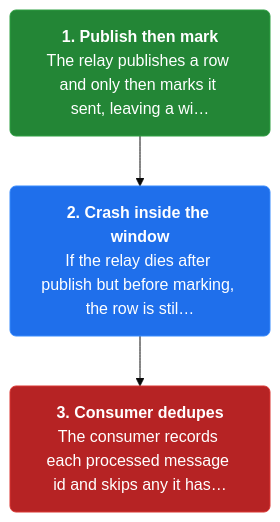
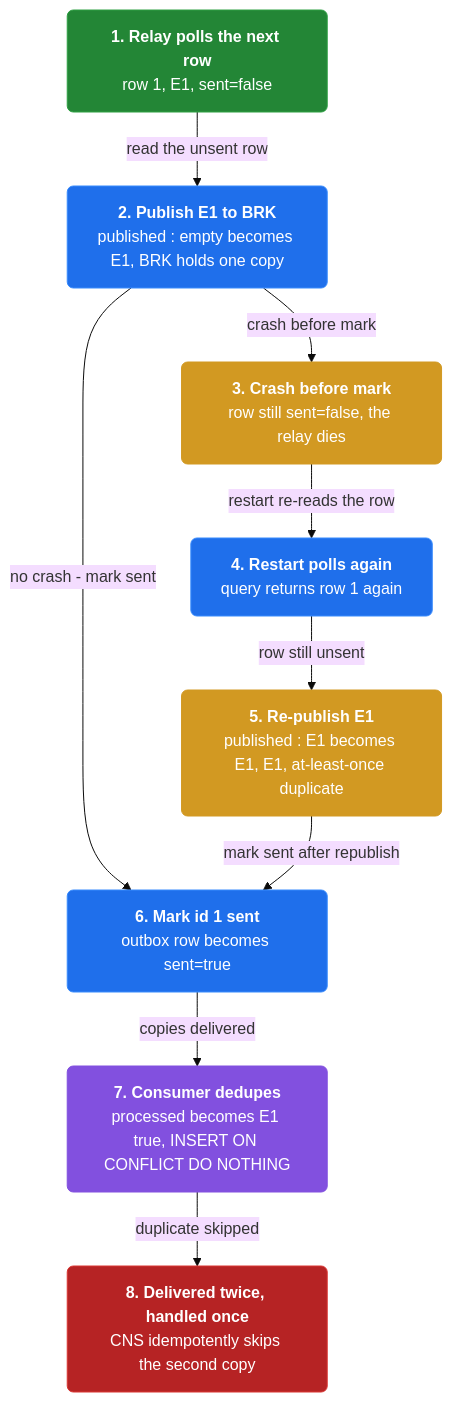
The third of 4 diagrams in docs/ch14-transactional-outbox.md (vinayakuber/microservices-io-study-guide), drawn with Mermaid (base theme) before and after one commit. The commit also changed other lines of this file and 46 other files, not shown here.

First line of the commit message:
Author rich branching flow diagrams for all 44 chapters

````diff
--- a/docs/ch14-transactional-outbox.md
+++ b/docs/ch14-transactional-outbox.md
@@ -90,11 +113,24 @@
 ```mermaid
 flowchart TD
-  classDef step fill:#1f6feb,color:#ffffff,stroke:#388bfd,stroke-width:1px,rx:6
+  classDef step fill:#1f6feb,color:#ffffff,stroke:#388bfd,rx:6
+  classDef core fill:#8250df,color:#ffffff,stroke:#8250df,rx:6
+  classDef warn fill:#d29922,color:#ffffff,stroke:#d29922,rx:6
   classDef start fill:#238636,color:#ffffff,stroke:#2ea043,rx:6
   classDef stop fill:#b62324,color:#ffffff,stroke:#da3633,rx:6
-  s2n0["<b>1. Publish then mark</b><br/>The relay publishes a row and only then marks it sent, leaving a wi…"]:::start
-  s2n1["<b>2. Crash inside the window</b><br/>If the relay dies after publish but before marking, the row is stil…"]:::step
-  s2n2["<b>3. Consumer dedupes</b><br/>The consumer records each processed message id and skips any it has…"]:::stop
-  s2n0 --> s2n1
-  s2n1 --> s2n2
+  n0["<b>1. Relay polls the next row</b><br/>row 1, E1, sent=false"]:::start
+  n1["<b>2. Publish E1 to BRK</b><br/>published : empty becomes E1, BRK holds one copy"]:::step
+  n2["<b>3. Crash before mark</b><br/>row still sent=false, the relay dies"]:::warn
+  n3["<b>4. Restart polls again</b><br/>query returns row 1 again"]:::step
+  n4["<b>5. Re-publish E1</b><br/>published : E1 becomes E1, E1, at-least-once duplicate"]:::warn
+  n5["<b>6. Mark id 1 sent</b><br/>outbox row becomes sent=true"]:::step
+  n6["<b>7. Consumer dedupes</b><br/>processed becomes E1 true, INSERT ON CONFLICT DO NOTHING"]:::core
+  n7["<b>8. Delivered twice, handled once</b><br/>CNS idempotently skips the second copy"]:::stop
+  n0 -->|"read the unsent row"| n1
+  n1 -->|"crash before mark"| n2
+  n1 -->|"no crash - mark sent"| n5
+  n2 -->|"restart re-reads the row"| n3
+  n3 -->|"row still unsent"| n4
+  n4 -->|"mark sent after republish"| n5
+  n5 -->|"copies delivered"| n6
+  n6 -->|"duplicate skipped"| n7
 ```
````
